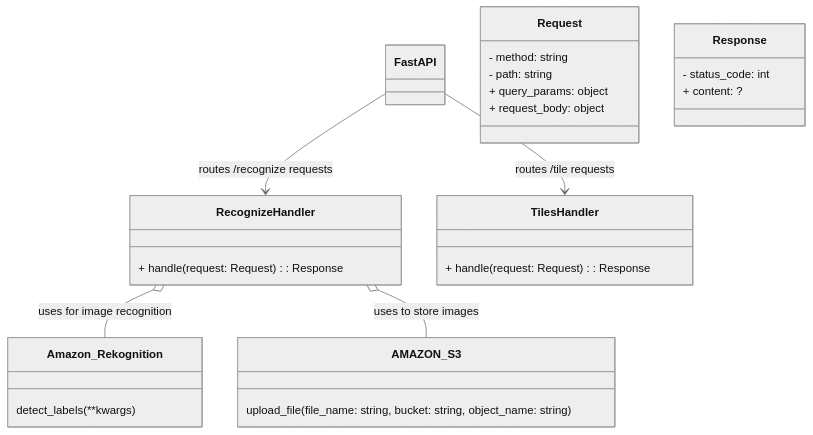
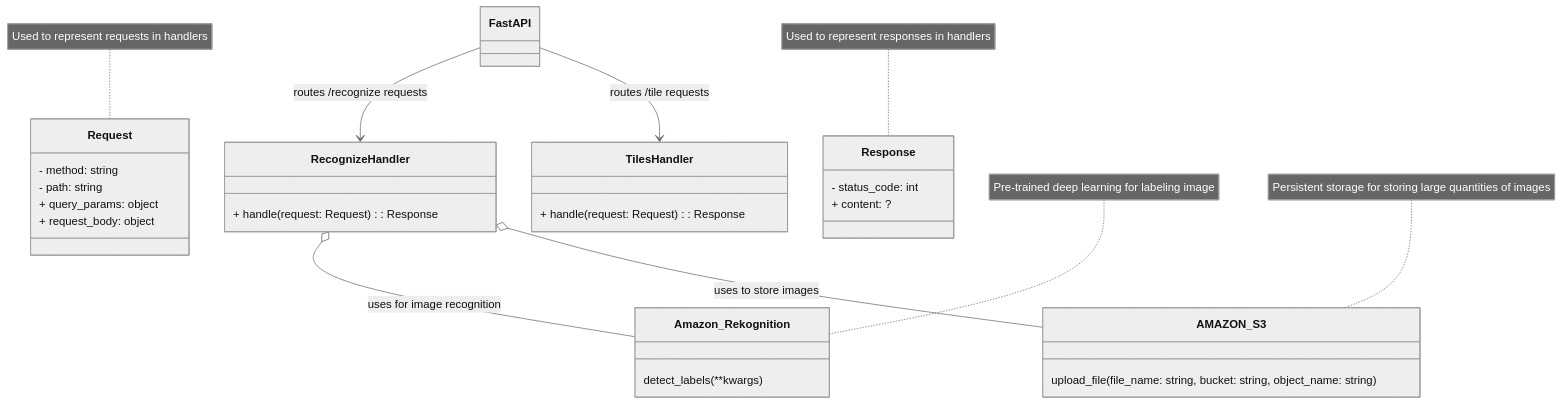
One commit to Capstone-Projects-2023-Fall/project-smartspeech changed the diagram in documentation/docs/system-architecture/Backend UML.md. Above: the diagram before and after it, drawn with Mermaid (neutral theme). The commit also changed other lines of this file, not shown here.

Commit message:
Update backend UML based on feedback

````diff
--- a/documentation/docs/system-architecture/Backend UML.md
+++ b/documentation/docs/system-architecture/Backend UML.md
@@ -9,41 +9,47 @@
 ```mermaid
 classDiagram
   class FastAPI {
     
   }
 
   class RecognizeHandler {
     + handle(request: Request): Response
   }
 
   class TilesHandler {
     + handle(request: Request): Response
   }
 
 
   class Amazon_Rekognition {
     detect_labels(**kwargs)
   }
 
   class AMAZON_S3 {
     upload_file(file_name: string, bucket: string, object_name: string)
   }
 
   class Request {
     - method: string
     - path: string
     + query_params: object
     + request_body: object
   }
 
   class Response {
     - status_code: int
     + content: ?
   }
 
   FastAPI --> RecognizeHandler: routes /recognize requests
   FastAPI --> TilesHandler: routes /tile requests
 
   RecognizeHandler o-- Amazon_Rekognition: uses for image recognition 
   RecognizeHandler o-- AMAZON_S3: uses to store images
+
+  note for Amazon_Rekognition "Pre-trained deep learning for labeling image"
+  note for AMAZON_S3 "Persistent storage for storing large quantities of images"
+
+  note for Request "Used to represent requests in handlers"
+  note for Response "Used to represent responses in handlers"
 ```
````
